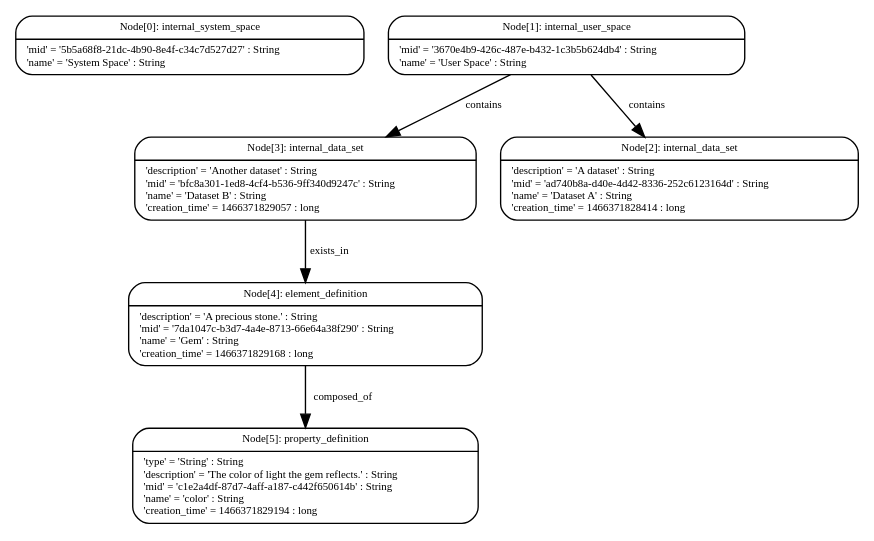
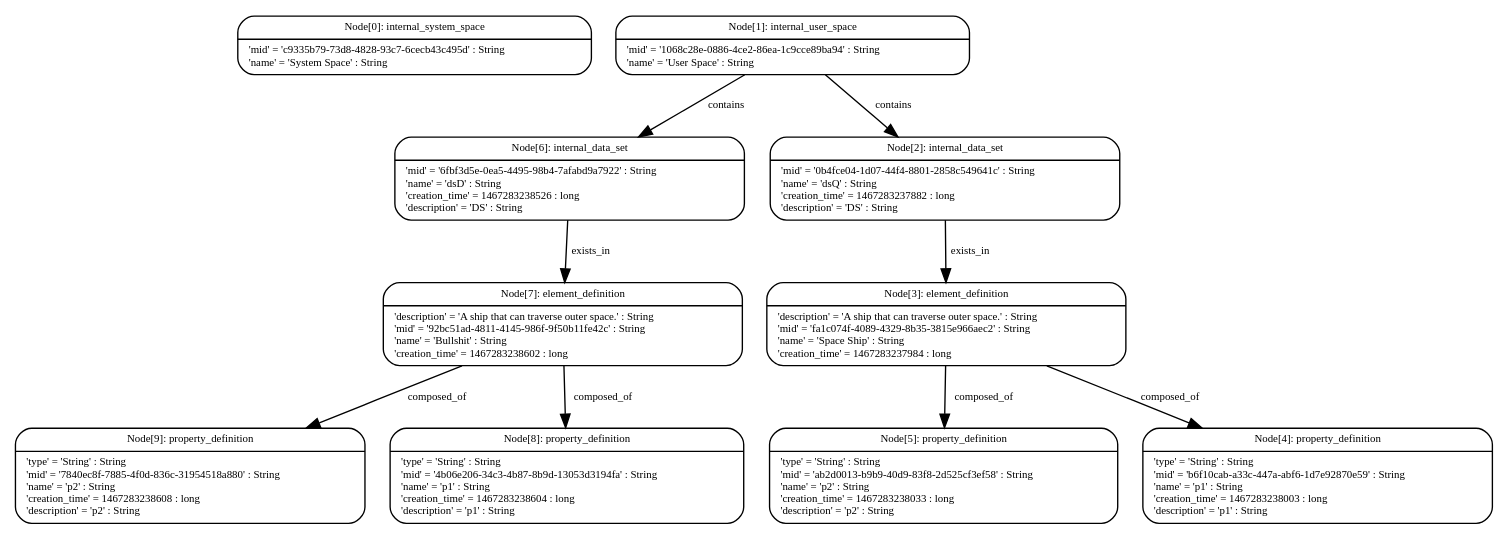
Before and after one commit to sholloway/graph-engine: the diagram in viz/temp.dot, drawn with Graphviz. The commit also changed 12 other files, not shown here.

Commit message:
Repaired broken DataSetElementDefinitionSpec tests.

```diff
--- a/viz/temp.dot
+++ b/viz/temp.dot
@@ -1,41 +1,65 @@
 digraph Neo {
   node [
     fontsize = "8"
     shape = "Mrecord"
     fontname = "Bitstream Vera Sans"
   ]
   edge [
     fontname = "Bitstream Vera Sans"
     fontsize = "8"
   ]
   N0 [
-    label = "{Node\[0\]: internal_system_space|'mid' = '5b5a68f8-21dc-4b90-8e4f-c34c7d527d27' : String\l'name' = 'System Space' : String\l}"
+    label = "{Node\[0\]: internal_system_space|'mid' = 'c9335b79-73d8-4828-93c7-6cecb43c495d' : String\l'name' = 'System Space' : String\l}"
   ]
   N1 [
-    label = "{Node\[1\]: internal_user_space|'mid' = '3670e4b9-426c-487e-b432-1c3b5b624db4' : String\l'name' = 'User Space' : String\l}"
+    label = "{Node\[1\]: internal_user_space|'mid' = '1068c28e-0886-4ce2-86ea-1c9cce89ba94' : String\l'name' = 'User Space' : String\l}"
   ]
-  N1 -> N3 [
+  N1 -> N6 [
     label = "contains\n"
   ]
   N1 -> N2 [
     label = "contains\n"
   ]
   N2 [
-    label = "{Node\[2\]: internal_data_set|'description' = 'A dataset' : String\l'mid' = 'ad740b8a-d40e-4d42-8336-252c6123164d' : String\l'name' = 'Dataset A' : String\l'creation_time' = 1466371828414 : long\l}"
+    label = "{Node\[2\]: internal_data_set|'mid' = '0b4fce04-1d07-44f4-8801-2858c549641c' : String\l'name' = 'dsQ' : String\l'creation_time' = 1467283237882 : long\l'description' = 'DS' : String\l}"
+  ]
+  N2 -> N3 [
+    label = "exists_in\n"
   ]
   N3 [
-    label = "{Node\[3\]: internal_data_set|'description' = 'Another dataset' : String\l'mid' = 'bfc8a301-1ed8-4cf4-b536-9ff340d9247c' : String\l'name' = 'Dataset B' : String\l'creation_time' = 1466371829057 : long\l}"
+    label = "{Node\[3\]: element_definition|'description' = 'A ship that can traverse outer space.' : String\l'mid' = 'fa1c074f-4089-4329-8b35-3815e966aec2' : String\l'name' = 'Space Ship' : String\l'creation_time' = 1467283237984 : long\l}"
+  ]
+  N3 -> N5 [
+    label = "composed_of\n"
   ]
   N3 -> N4 [
+    label = "composed_of\n"
+  ]
+  N4 [
+    label = "{Node\[4\]: property_definition|'type' = 'String' : String\l'mid' = 'b6f10cab-a33c-447a-abf6-1d7e92870e59' : String\l'name' = 'p1' : String\l'creation_time' = 1467283238003 : long\l'description' = 'p1' : String\l}"
+  ]
+  N5 [
+    label = "{Node\[5\]: property_definition|'type' = 'String' : String\l'mid' = 'ab2d0013-b9b9-40d9-83f8-2d525cf3ef58' : String\l'name' = 'p2' : String\l'creation_time' = 1467283238033 : long\l'description' = 'p2' : String\l}"
+  ]
+  N6 [
+    label = "{Node\[6\]: internal_data_set|'mid' = '6fbf3d5e-0ea5-4495-98b4-7afabd9a7922' : String\l'name' = 'dsD' : String\l'creation_time' = 1467283238526 : long\l'description' = 'DS' : String\l}"
+  ]
+  N6 -> N7 [
     label = "exists_in\n"
   ]
-  N4 [
-    label = "{Node\[4\]: element_definition|'description' = 'A precious stone.' : String\l'mid' = '7da1047c-b3d7-4a4e-8713-66e64a38f290' : String\l'name' = 'Gem' : String\l'creation_time' = 1466371829168 : long\l}"
+  N7 [
+    label = "{Node\[7\]: element_definition|'description' = 'A ship that can traverse outer space.' : String\l'mid' = '92bc51ad-4811-4145-986f-9f50b11fe42c' : String\l'name' = 'Bullshit' : String\l'creation_time' = 1467283238602 : long\l}"
   ]
-  N4 -> N5 [
+  N7 -> N9 [
     label = "composed_of\n"
   ]
-  N5 [
-    label = "{Node\[5\]: property_definition|'type' = 'String' : String\l'description' = 'The color of light the gem reflects.' : String\l'mid' = 'c1e2a4df-87d7-4aff-a187-c442f650614b' : String\l'name' = 'color' : String\l'creation_time' = 1466371829194 : long\l}"
+  N7 -> N8 [
+    label = "composed_of\n"
+  ]
+  N8 [
+    label = "{Node\[8\]: property_definition|'type' = 'String' : String\l'mid' = '4b06e206-34c3-4b87-8b9d-13053d3194fa' : String\l'name' = 'p1' : String\l'creation_time' = 1467283238604 : long\l'description' = 'p1' : String\l}"
+  ]
+  N9 [
+    label = "{Node\[9\]: property_definition|'type' = 'String' : String\l'mid' = '7840ec8f-7885-4f0d-836c-31954518a880' : String\l'name' = 'p2' : String\l'creation_time' = 1467283238608 : long\l'description' = 'p2' : String\l}"
   ]
 }
```
